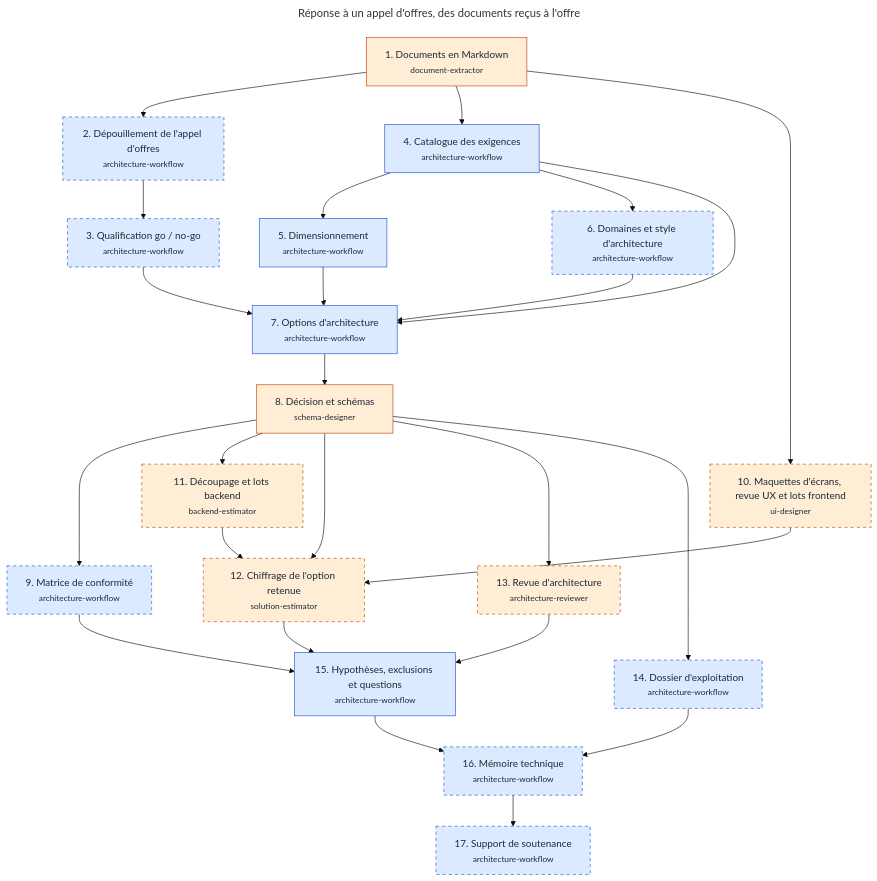
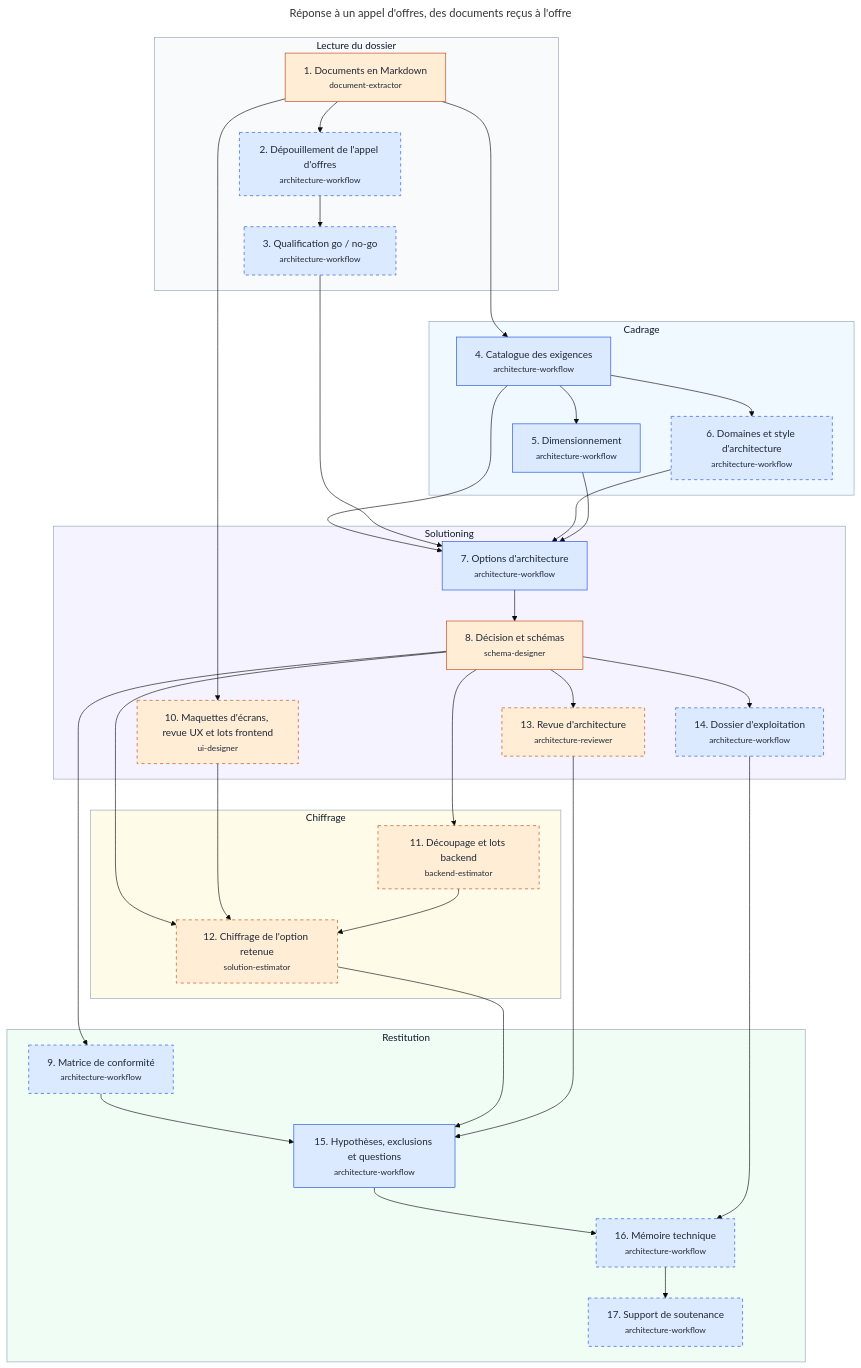
One commit to RenaudVanhille/myskills changed the diagram in docs/workflows/avant-vente.md. Above: the diagram before and after it, drawn with Mermaid (base theme). The commit also changed other lines of this file and 35 other files, not shown here.

````diff
--- a/docs/workflows/avant-vente.md
+++ b/docs/workflows/avant-vente.md
@@ -18,53 +18,72 @@
 ```mermaid
 ---
 title: "Réponse à un appel d'offres, des documents reçus à l'offre"
 ---
 flowchart TD
-  s_documents["1. Documents en Markdown<br/><small>document-extractor</small>"]
-  s_depouillement["2. Dépouillement de l'appel d'offres<br/><small>architecture-workflow</small>"]
-  s_qualification["3. Qualification go / no-go<br/><small>architecture-workflow</small>"]
-  s_exigences["4. Catalogue des exigences<br/><small>architecture-workflow</small>"]
-  s_dimensionnement["5. Dimensionnement<br/><small>architecture-workflow</small>"]
-  s_domaines["6. Domaines et style d'architecture<br/><small>architecture-workflow</small>"]
-  s_architectures["7. Options d'architecture<br/><small>architecture-workflow</small>"]
-  s_schemas["8. Décision et schémas<br/><small>schema-designer</small>"]
-  s_conformite["9. Matrice de conformité<br/><small>architecture-workflow</small>"]
-  s_maquettes["10. Maquettes d'écrans, revue UX et lots frontend<br/><small>ui-designer</small>"]
-  s_backend["11. Découpage et lots backend<br/><small>backend-estimator</small>"]
-  s_chiffrage["12. Chiffrage de l'option retenue<br/><small>solution-estimator</small>"]
-  s_revue["13. Revue d'architecture<br/><small>architecture-reviewer</small>"]
-  s_exploitation["14. Dossier d'exploitation<br/><small>architecture-workflow</small>"]
-  s_registre["15. Hypothèses, exclusions et questions<br/><small>architecture-workflow</small>"]
-  s_memoire["16. Mémoire technique<br/><small>architecture-workflow</small>"]
-  s_soutenance["17. Support de soutenance<br/><small>architecture-workflow</small>"]
+  subgraph z_lecture["Lecture du dossier"]
+    s_documents["1. Documents en Markdown<br/><small>document-extractor</small>"]
+    s_depouillement["2. Dépouillement de l'appel d'offres<br/><small>architecture-workflow</small>"]
+    s_qualification["3. Qualification go / no-go<br/><small>architecture-workflow</small>"]
+  end
+  style z_lecture fill:#f8fafc,stroke:#94a3b8,color:#0f172a
+  subgraph z_cadrage["Cadrage"]
+    s_exigences["4. Catalogue des exigences<br/><small>architecture-workflow</small>"]
+    s_dimensionnement["5. Dimensionnement<br/><small>architecture-workflow</small>"]
+    s_domaines["6. Domaines et style d'architecture<br/><small>architecture-workflow</small>"]
+  end
+  style z_cadrage fill:#f0f9ff,stroke:#94a3b8,color:#0f172a
+  subgraph z_solutioning["Solutioning"]
+    s_architectures["7. Options d'architecture<br/><small>architecture-workflow</small>"]
+    s_schemas["8. Décision et schémas<br/><small>schema-designer</small>"]
+    s_maquettes["10. Maquettes d'écrans, revue UX et lots frontend<br/><small>ui-designer</small>"]
+    s_revue["13. Revue d'architecture<br/><small>architecture-reviewer</small>"]
+    s_exploitation["14. Dossier d'exploitation<br/><small>architecture-workflow</small>"]
+  end
+  style z_solutioning fill:#f5f3ff,stroke:#94a3b8,color:#0f172a
+  subgraph z_chiffrage["Chiffrage"]
+    s_backend["11. Découpage et lots backend<br/><small>backend-estimator</small>"]
+    s_chiffrage["12. Chiffrage de l'option retenue<br/><small>solution-estimator</small>"]
+  end
+  style z_chiffrage fill:#fefce8,stroke:#94a3b8,color:#0f172a
+  subgraph z_restitution["Restitution"]
+    s_conformite["9. Matrice de conformité<br/><small>architecture-workflow</small>"]
+    s_registre["15. Hypothèses, exclusions et questions<br/><small>architecture-workflow</small>"]
+    s_memoire["16. Mémoire technique<br/><small>architecture-workflow</small>"]
+    s_soutenance["17. Support de soutenance<br/><small>architecture-workflow</small>"]
+  end
+  style z_restitution fill:#f0fdf4,stroke:#94a3b8,color:#0f172a
   s_documents --> s_depouillement
   s_depouillement --> s_qualification
   s_documents --> s_exigences
   s_exigences --> s_dimensionnement
   s_exigences --> s_domaines
   s_exigences --> s_architectures
   s_qualification --> s_architectures
   s_domaines --> s_architectures
   s_dimensionnement --> s_architectures
   s_architectures --> s_schemas
   s_schemas --> s_conformite
   s_documents --> s_maquettes
   s_schemas --> s_backend
   s_schemas --> s_chiffrage
   s_maquettes --> s_chiffrage
   s_backend --> s_chiffrage
   s_schemas --> s_revue
   s_schemas --> s_exploitation
   s_conformite --> s_registre
   s_chiffrage --> s_registre
   s_revue --> s_registre
   s_registre --> s_memoire
   s_exploitation --> s_memoire
   s_memoire --> s_soutenance
+  s_qualification ~~~ s_exigences
+  s_domaines ~~~ s_architectures
+  s_exploitation ~~~ s_backend
+  s_chiffrage ~~~ s_conformite
   classDef moteur fill:#dbeafe,stroke:#1d4ed8,color:#1f2937
   classDef agent fill:#ffedd5,stroke:#c2410c,color:#1f2937
   classDef facultative stroke-dasharray:5 5
   class s_depouillement,s_qualification,s_exigences,s_dimensionnement,s_domaines,s_architectures,s_conformite,s_exploitation,s_registre,s_memoire,s_soutenance moteur
   class s_documents,s_schemas,s_maquettes,s_backend,s_chiffrage,s_revue agent
   class s_depouillement,s_qualification,s_domaines,s_conformite,s_maquettes,s_backend,s_chiffrage,s_revue,s_exploitation,s_memoire,s_soutenance facultative
 ```
````
